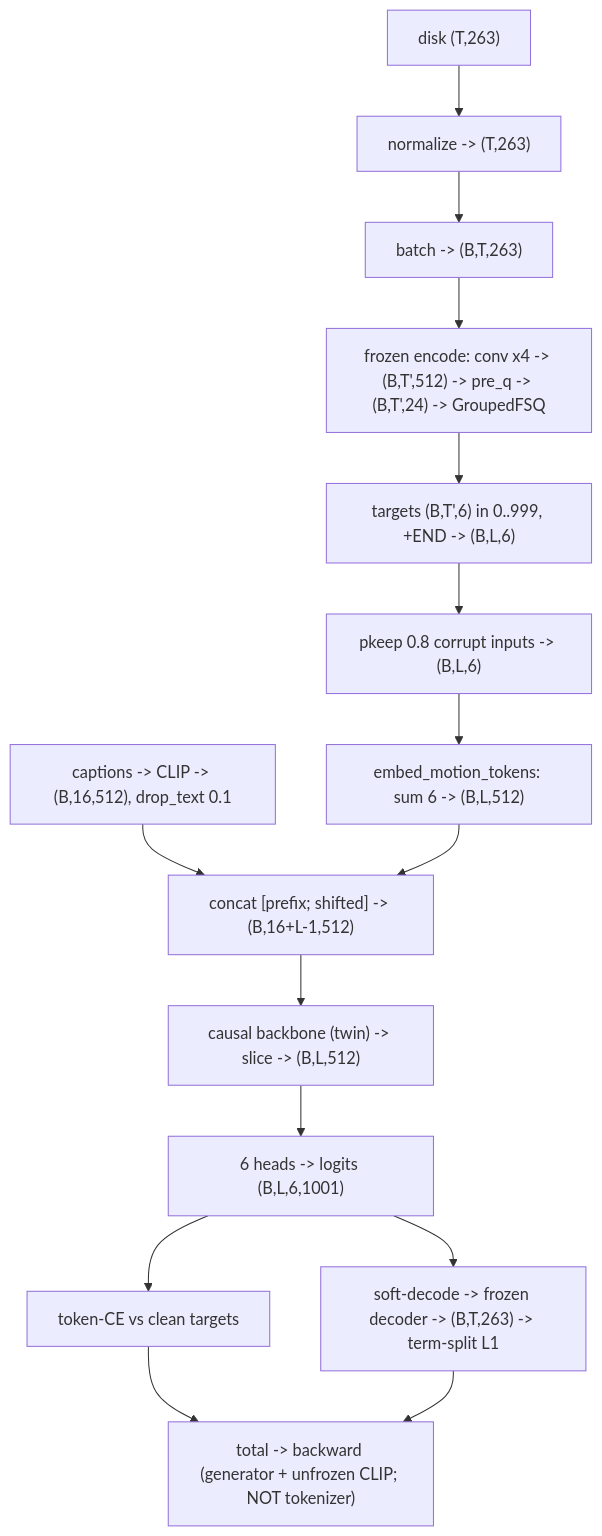
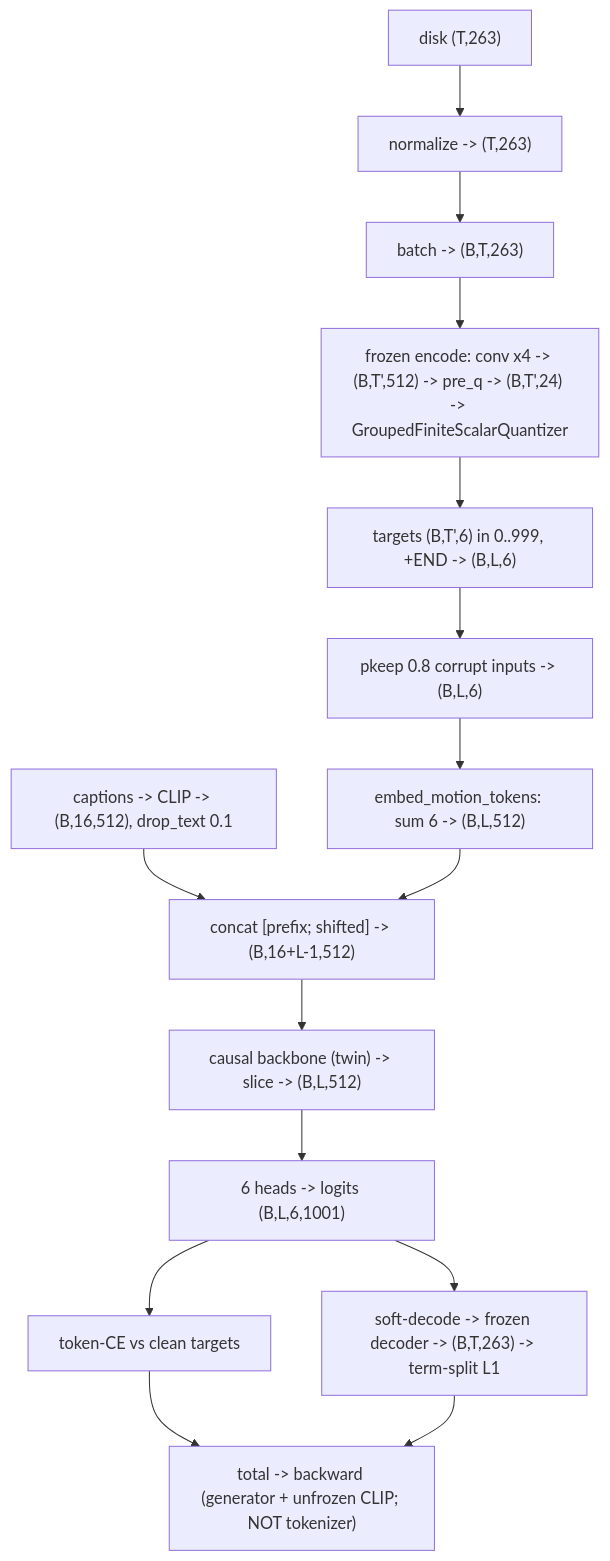
One commit to CatalinButacu/GenAI-Text2Motion changed the diagram in doc/notes/lessons/09-generator-training-trace.md. Above: the diagram before and after it, drawn with Mermaid. The commit also changed other lines of this file and 10 other files, not shown here.

Commit message:
Rename the quantizer classes and methods to full names: Quantizer, QuantizerStack, VectorQuantizer, the grouped and residual stacks, quantizers, combine_code_vectors, active_stage_count, round_straight_through; remove the lookup copy of indices_to_codes

````diff
--- a/doc/notes/lessons/09-generator-training-trace.md
+++ b/doc/notes/lessons/09-generator-training-trace.md
@@ -10,16 +10,16 @@
 ```mermaid
 flowchart TB
   D["disk (T,263)"] --> N["normalize -> (T,263)"] --> B["batch -> (B,T,263)"]
-  B --> ENC["frozen encode: conv x4 -> (B,T',512) -> pre_q -> (B,T',24) -> GroupedFSQ"]
+  B --> ENC["frozen encode: conv x4 -> (B,T',512) -> pre_q -> (B,T',24) -> GroupedFiniteScalarQuantizer"]
   ENC --> TGT["targets (B,T',6) in 0..999, +END -> (B,L,6)"]
   TGT --> PK["pkeep 0.8 corrupt inputs -> (B,L,6)"]
   CAP["captions -> CLIP -> (B,16,512), drop_text 0.1"] --> CC
    PK --> EMB["embed_motion_tokens: sum 6 -> (B,L,512)"]
   EMB --> CC["concat [prefix; shifted] -> (B,16+L-1,512)"]
   CC --> BK["causal backbone (twin) -> slice -> (B,L,512)"]
   BK --> HD["6 heads -> logits (B,L,6,1001)"]
   HD --> CE["token-CE vs clean targets"]
   HD --> SD["soft-decode -> frozen decoder -> (B,T,263) -> term-split L1"]
   CE --> TOT["total -> backward (generator + unfrozen CLIP; NOT tokenizer)"]
   SD --> TOT
 ```
````
